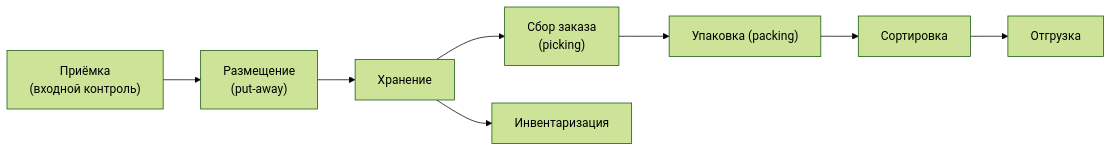
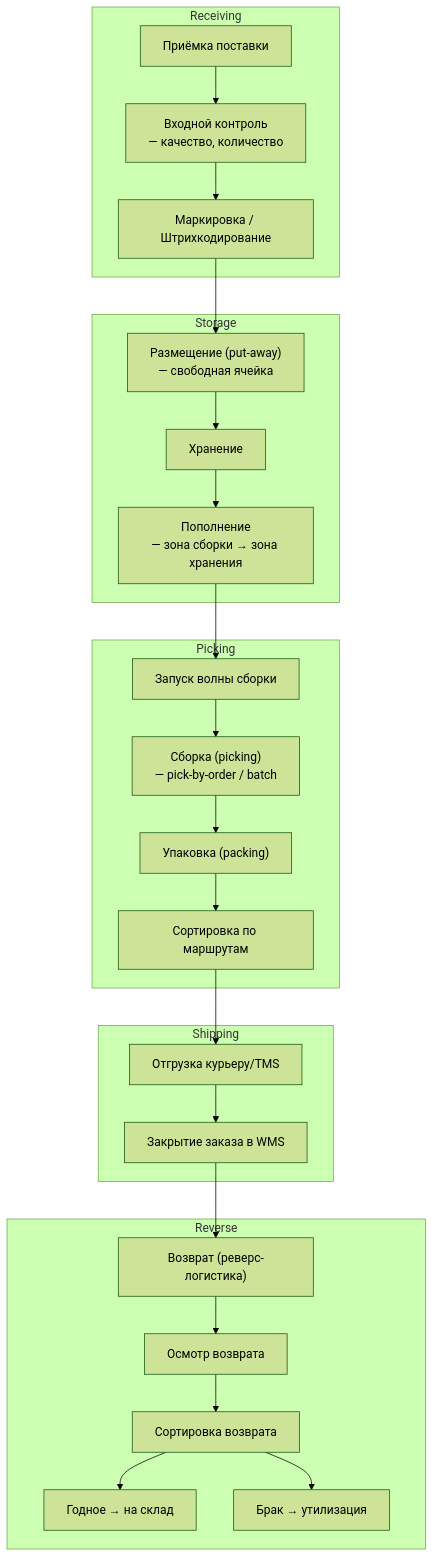
One commit to sergeyodnoval-bot/sysanalyst-kb.github.io changed the first of 3 diagrams in docs/specialization/logistics-wms.md. Above: the diagram before and after it, drawn with Mermaid (forest theme). The commit also changed other lines of this file and 13 other files, not shown here.

````diff
--- a/docs/specialization/logistics-wms.md
+++ b/docs/specialization/logistics-wms.md
@@ -22,10 +31,29 @@
 ```mermaid
-flowchart LR
-    REC["Приёмка<br/>(входной контроль)"] --> PUT["Размещение<br/>(put-away)"]
-    PUT --> STORE["Хранение"]
-    STORE --> PICK["Сбор заказа<br/>(picking)"]
-    PICK --> PACK["Упаковка (packing)"]
-    PACK --> SORT["Сортировка"]
-    SORT --> SHIP["Отгрузка"]
-    STORE --> INV["Инвентаризация"]
+flowchart TD
+    subgraph Receiving
+        A["Приёмка поставки"] --> CHECK["Входной контроль<br/>— качество, количество"]
+        CHECK --> STICK["Маркировка / Штрихкодирование"]
+    end
+    subgraph Storage
+        STICK --> PUT["Размещение (put-away)<br/>— свободная ячейка"]
+        PUT --> STORE["Хранение"]
+        STORE --> REPLEN["Пополнение<br/>— зона сборки → зона хранения"]
+    end
+    subgraph Picking
+        REPLEN --> WAVE["Запуск волны сборки"]
+        WAVE --> PICK["Сборка (picking)<br/>— pick-by-order / batch"]
+        PICK --> PACK["Упаковка (packing)"]
+        PACK --> SORT["Сортировка по маршрутам"]
+    end
+    subgraph Shipping
+        SORT --> SHIP["Отгрузка курьеру/TMS"]
+        SHIP --> CLOSE["Закрытие заказа в WMS"]
+    end
+    subgraph Reverse
+        CLOSE --> RETURN["Возврат (реверс-логистика)"]
+        RETURN --> INSPECT["Осмотр возврата"]
+        INSPECT --> RE_SORT["Сортировка возврата"]
+        RE_SORT --> RE_STORE["Годное → на склад"]
+        RE_SORT --> RECYCLE["Брак → утилизация"]
+    end
 ```
````
